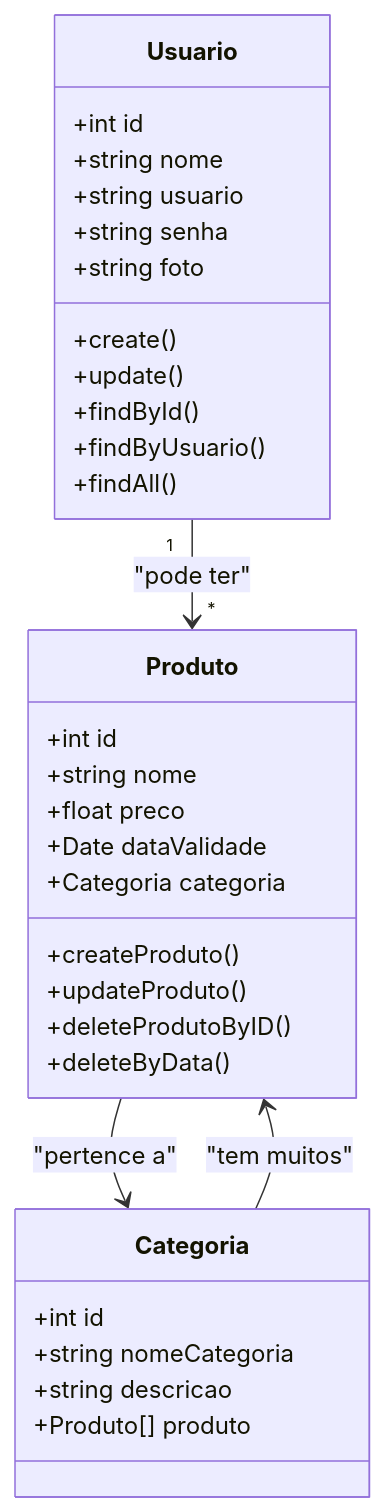
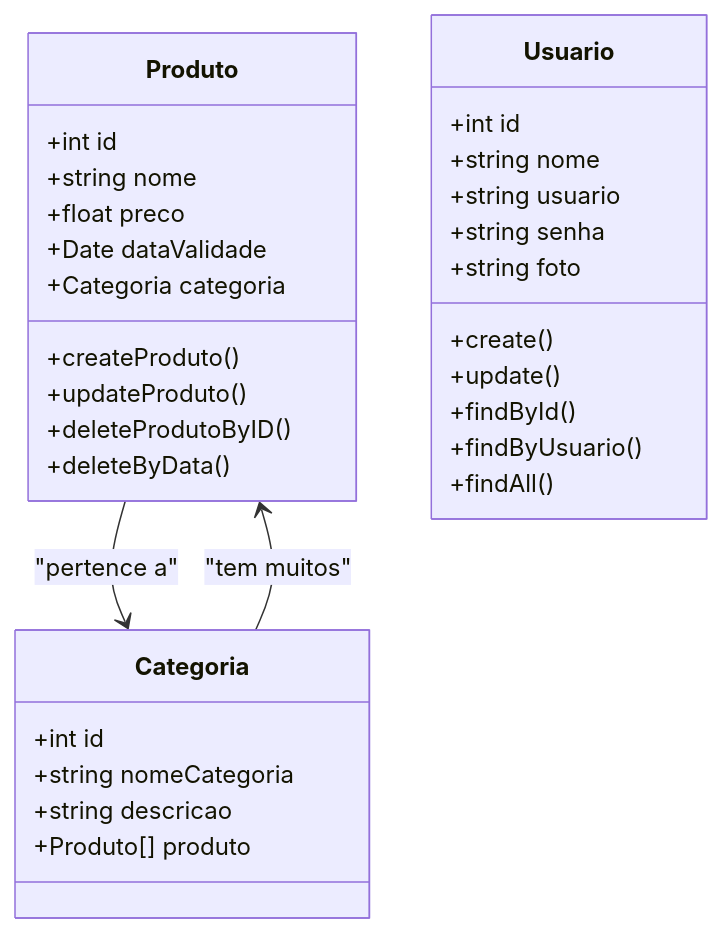
The diagram in README.md (ustavoteles/farmacia_backend), drawn with Mermaid before and after one commit.

````diff
--- a/README.md
+++ b/README.md
@@ -32,40 +32,39 @@
 ```mermaid
 classDiagram
     class Produto {
         +int id
         +string nome
         +float preco
         +Date dataValidade
         +Categoria categoria
         +createProduto()
         +updateProduto()
         +deleteProdutoByID()
         +deleteByData()
     }
 
     class Categoria {
         +int id
         +string nomeCategoria
         +string descricao
         +Produto[] produto
     }
 
     class Usuario {
         +int id
         +string nome
         +string usuario
         +string senha
         +string foto
         +create()
         +update()
         +findById()
         +findByUsuario()
         +findAll()
     }
 
     Produto --> Categoria : "pertence a"
     Categoria --> Produto : "tem muitos"
-    Usuario "1" --> "*" Produto : "pode ter"
 
 
 ```
````
